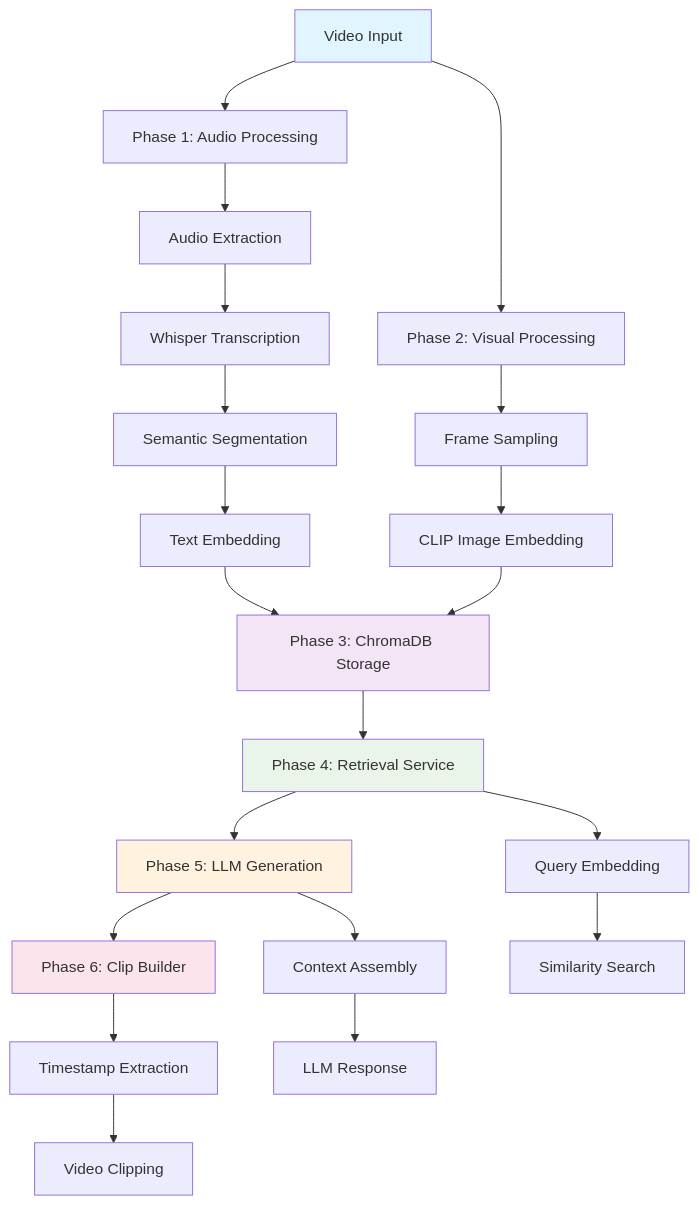
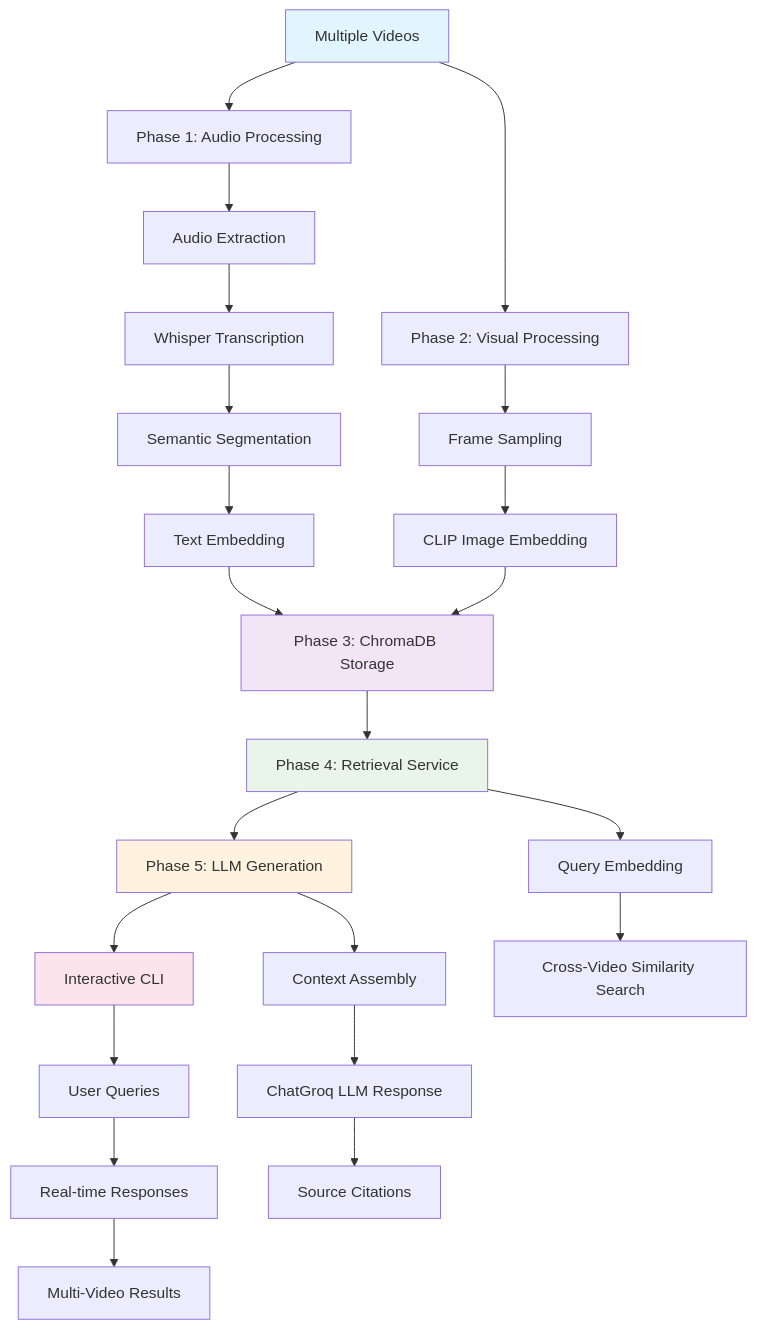
Before and after one commit to rohan-g0re/Video_RAG_x_MCP: the diagram in README.md, drawn with Mermaid. The commit also changed other lines of this file, not shown here.

````diff
--- a/README.md
+++ b/README.md
@@ -18,35 +21,37 @@
 ```mermaid
 graph TD
-    A[Video Input] --> B[Phase 1: Audio Processing]
+    A[Multiple Videos] --> B[Phase 1: Audio Processing]
     A --> C[Phase 2: Visual Processing]
     
     B --> B1[Audio Extraction]
     B1 --> B2[Whisper Transcription]
     B2 --> B3[Semantic Segmentation]
     B3 --> B4[Text Embedding]
     
     C --> C1[Frame Sampling]
     C1 --> C2[CLIP Image Embedding]
     
     B4 --> D[Phase 3: ChromaDB Storage]
     C2 --> D
     
     D --> E[Phase 4: Retrieval Service]
     E --> F[Phase 5: LLM Generation]
-    F --> G[Phase 6: Clip Builder]
+    F --> G[Interactive CLI]
     
     E --> E1[Query Embedding]
-    E1 --> E2[Similarity Search]
+    E1 --> E2[Cross-Video Similarity Search]
     
     F --> F1[Context Assembly]
-    F1 --> F2[LLM Response]
+    F1 --> F2[ChatGroq LLM Response]
+    F2 --> F3[Source Citations]
     
-    G --> G1[Timestamp Extraction]
-    G1 --> G2[Video Clipping]
+    G --> G1[User Queries]
+    G1 --> G2[Real-time Responses]
+    G2 --> G3[Multi-Video Results]
     
     style A fill:#e1f5fe
     style D fill:#f3e5f5
     style E fill:#e8f5e8
     style F fill:#fff3e0
     style G fill:#fce4ec
 ```
````
